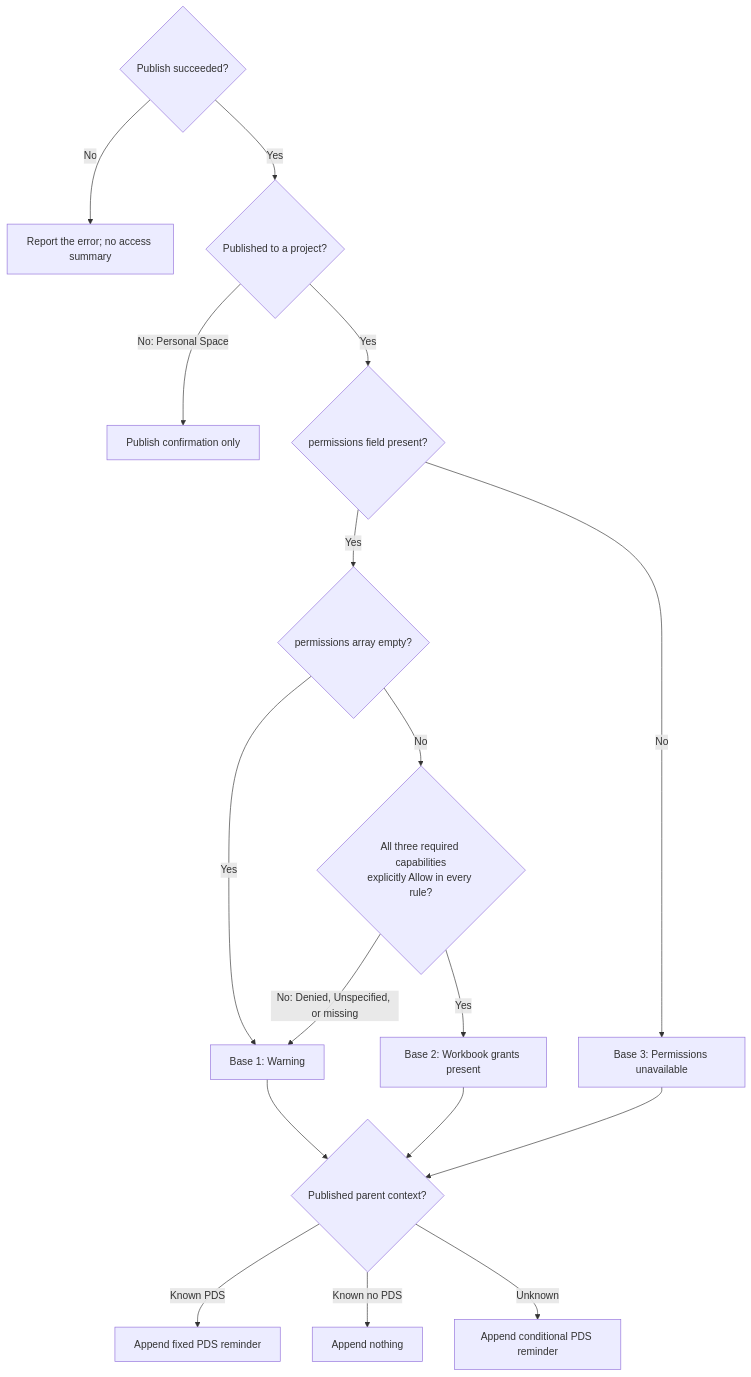
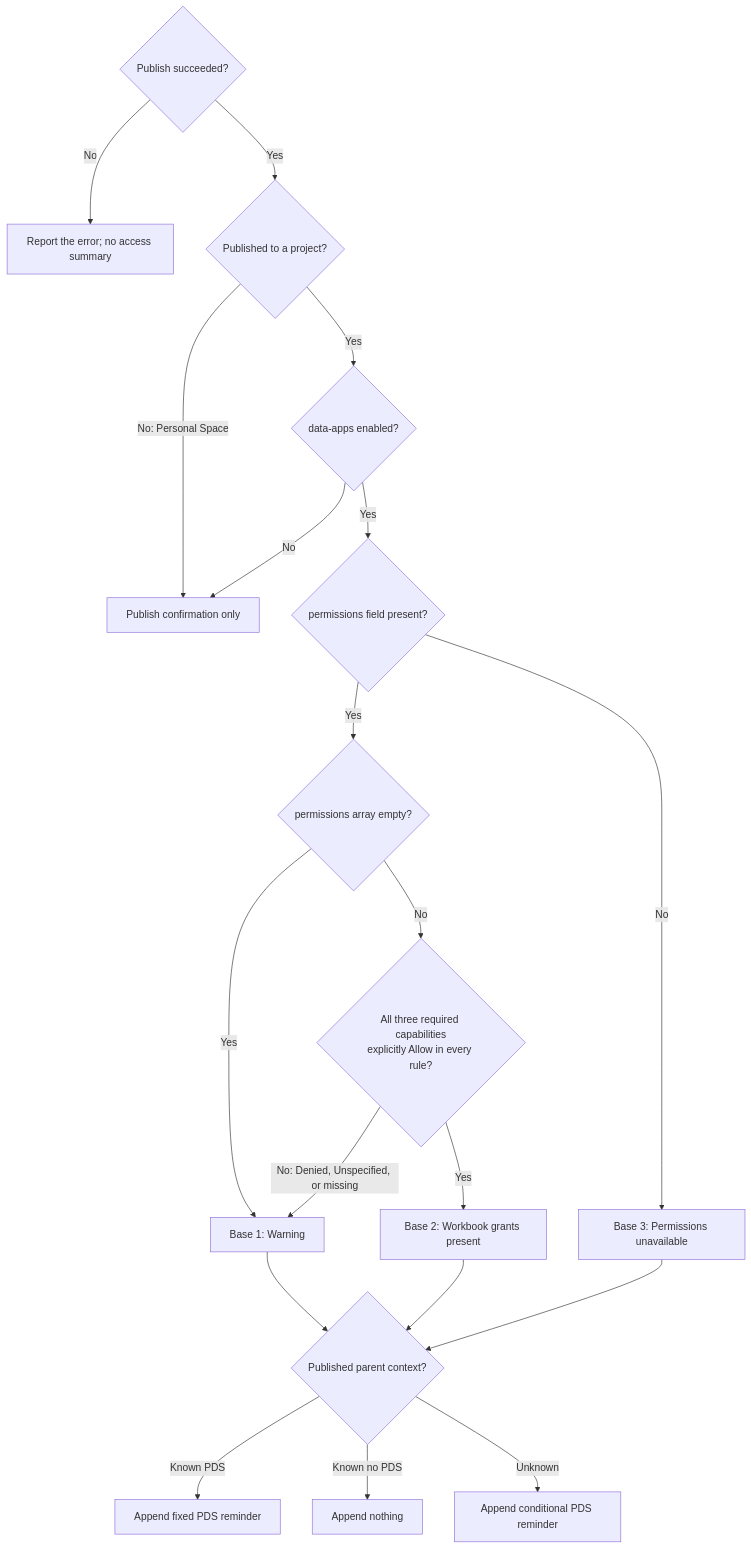
One commit to tableau/tableau-mcp changed the diagram in docs/docs/tools/workbooks/publish-workbook.md. Above: the diagram before and after it, drawn with Mermaid. The commit also changed other lines of this file and 7 other files, not shown here.

Commit message:
Gate publish permission disclosure with data apps

````diff
--- a/docs/docs/tools/workbooks/publish-workbook.md
+++ b/docs/docs/tools/workbooks/publish-workbook.md
@@ -184,20 +185,22 @@
 ```mermaid
 flowchart TD
     A{"Publish succeeded?"}
     A -->|No| E["Report the error; no access summary"]
     A -->|Yes| B{"Published to a project?"}
     B -->|"No: Personal Space"| C["Publish confirmation only"]
-    B -->|Yes| D{"permissions field present?"}
+    B -->|Yes| H{"data-apps enabled?"}
+    H -->|No| C
+    H -->|Yes| D{"permissions field present?"}
     D -->|No| R3["Base 3: Permissions unavailable"]
     D -->|Yes| F{"permissions array empty?"}
     F -->|Yes| R1["Base 1: Warning"]
     F -->|No| G{"All three required capabilities<br/>explicitly Allow in every rule?"}
     G -->|Yes| R2["Base 2: Workbook grants present"]
     G -->|"No: Denied, Unspecified, or missing"| R1
     R1 --> P{"Published parent context?"}
     R2 --> P
     R3 --> P
     P -->|"Known PDS"| K["Append fixed PDS reminder"]
     P -->|"Known no PDS"| N["Append nothing"]
     P -->|Unknown| U["Append conditional PDS reminder"]
 ```
````
